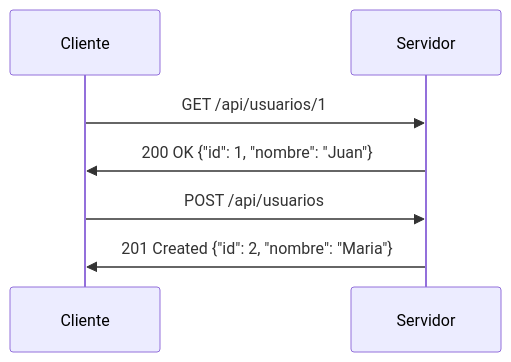
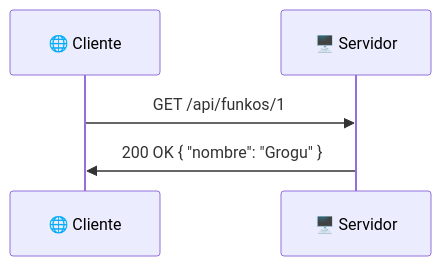
One commit to joseluisgs/DesarrolloWebEntornosServidor-02-2026-2027 changed the fourth of 7 diagrams in 01-conceptos-servicios.md. Above: the diagram before and after it, drawn with Mermaid. The commit also changed other lines of this file, not shown here.

````diff
--- a/01-conceptos-servicios.md
+++ b/01-conceptos-servicios.md
@@ -209,11 +125,7 @@
 ```mermaid
 sequenceDiagram
-    participant C as Cliente
-    participant S as Servidor
-    
-    C->>S: GET /api/usuarios/1
-    S->>C: 200 OK {"id": 1, "nombre": "Juan"}
-    
-    C->>S: POST /api/usuarios
-    S->>C: 201 Created {"id": 2, "nombre": "Maria"}
+    participant C as 🌐 Cliente
+    participant S as 🖥️ Servidor
+    C->>S: GET /api/funkos/1
+    S->>C: 200 OK { "nombre": "Grogu" }
 ```
````
